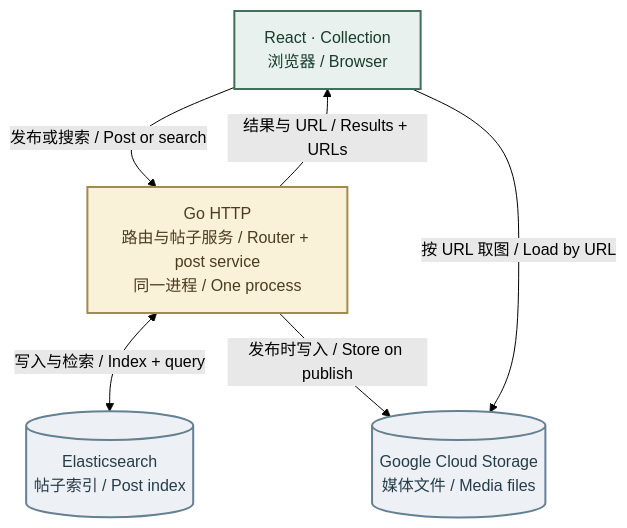
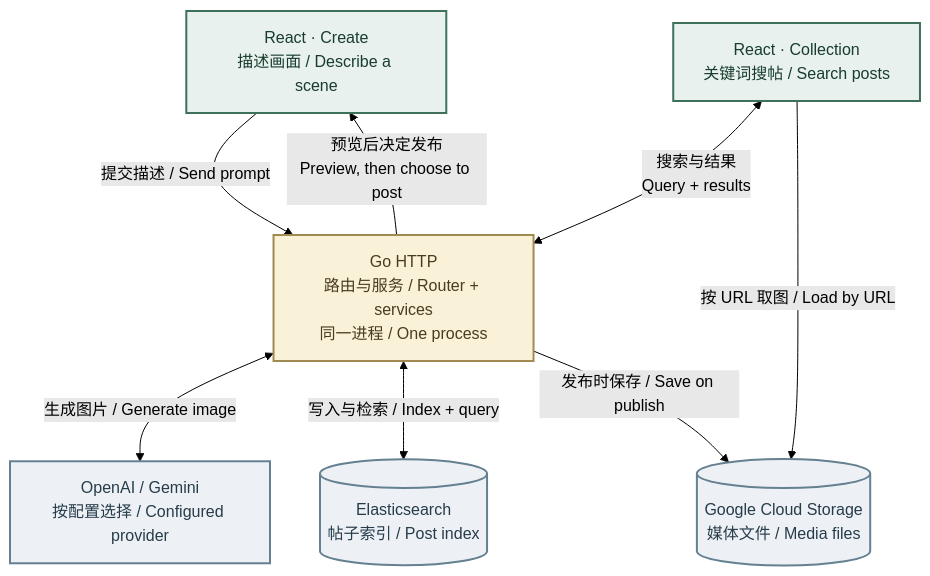
One commit to JarrettChen217/JarrettChen217.github.io changed the diagram in assets/projects/social-ai/architecture.mmd. Above: the diagram before and after it, drawn with Mermaid (forest theme). The commit also changed 4 other files, not shown here.

Commit message:
Introduce SocialAI through the author's need for a reaction image

```diff
--- a/assets/projects/social-ai/architecture.mmd
+++ b/assets/projects/social-ai/architecture.mmd
@@ -1,18 +1,22 @@
 flowchart TB
-    accTitle: SocialAI · 帖子与媒体 / Posts and media
-    accDescr: Source architecture. React searches through the Go HTTP application. Elasticsearch indexes post records. Google Cloud Storage serves media by URL.
-    ui["React · Collection<br/>浏览器 / Browser"]
-    api["Go HTTP<br/>路由与帖子服务 / Router + post service<br/>同一进程 / One process"]
+    accTitle: SocialAI · 配图、发帖与检索 / Create, publish and search
+    accDescr: Create sends a scene description to Go and previews the generated image before the user decides whether to publish. Collection searches indexed posts and fetches the image by URL.
+    create["React · Create<br/>描述画面 / Describe a scene"]
+    collection["React · Collection<br/>关键词搜帖 / Search posts"]
+    api["Go HTTP<br/>路由与服务 / Router + services<br/>同一进程 / One process"]
+    provider["OpenAI / Gemini<br/>按配置选择 / Configured provider"]
     es[("Elasticsearch<br/>帖子索引 / Post index")]
     gcs[("Google Cloud Storage<br/>媒体文件 / Media files")]
-    ui -->|"发布或搜索 / Post or search"| api
-    api -->|"结果与 URL / Results + URLs"| ui
+    create -->|"提交描述 / Send prompt"| api
+    api -->|"预览后决定发布<br/>Preview, then choose to post"| create
+    collection <-->|"搜索与结果<br/>Query + results"| api
+    api <-->|"生成图片 / Generate image"| provider
     api <-->|"写入与检索 / Index + query"| es
-    api -->|"发布时写入 / Store on publish"| gcs
-    ui -->|"按 URL 取图 / Load by URL"| gcs
+    api -->|"发布时保存 / Save on publish"| gcs
+    collection -->|"按 URL 取图 / Load by URL"| gcs
     classDef client fill:#e8f1ed,stroke:#3f705a,color:#183c2e,stroke-width:2px;
     classDef service fill:#faf1d9,stroke:#a18b50,color:#493d20,stroke-width:2px;
     classDef store fill:#edf1f6,stroke:#648091,color:#263c49,stroke-width:2px;
-    class ui client
+    class create,collection client
     class api service
-    class es,gcs store
+    class es,gcs,provider store
```
